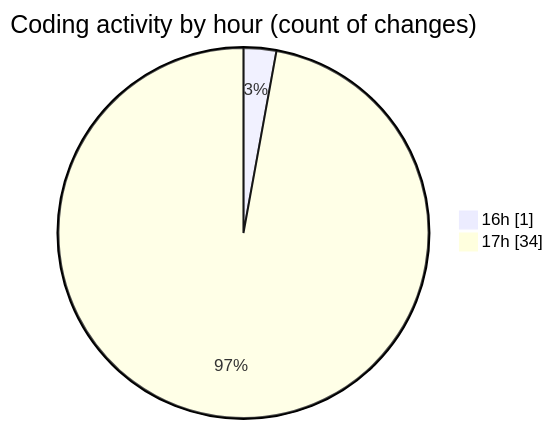
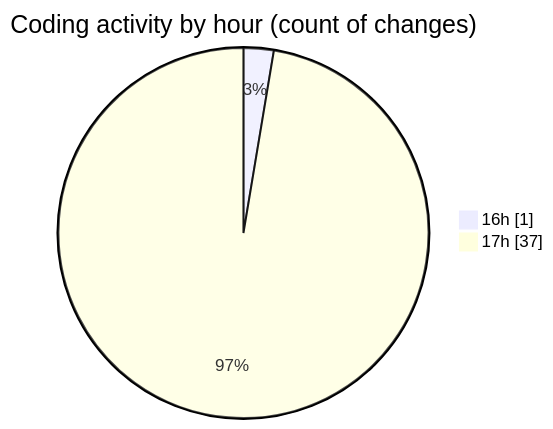
The second of 2 diagrams in 2025-05-27/studio-backend/README.md (idhammustaqopulfikri/code-tracking), drawn with Mermaid before and after one commit. The commit also changed other lines of this file and 1 other file, not shown here.

````diff
--- a/2025-05-27/studio-backend/README.md
+++ b/2025-05-27/studio-backend/README.md
@@ -49,6 +50,6 @@
 ```mermaid
 pie showData
 title Coding activity by hour (count of changes)
 "16h" : 1
-"17h" : 34
+"17h" : 37
 ```
````
